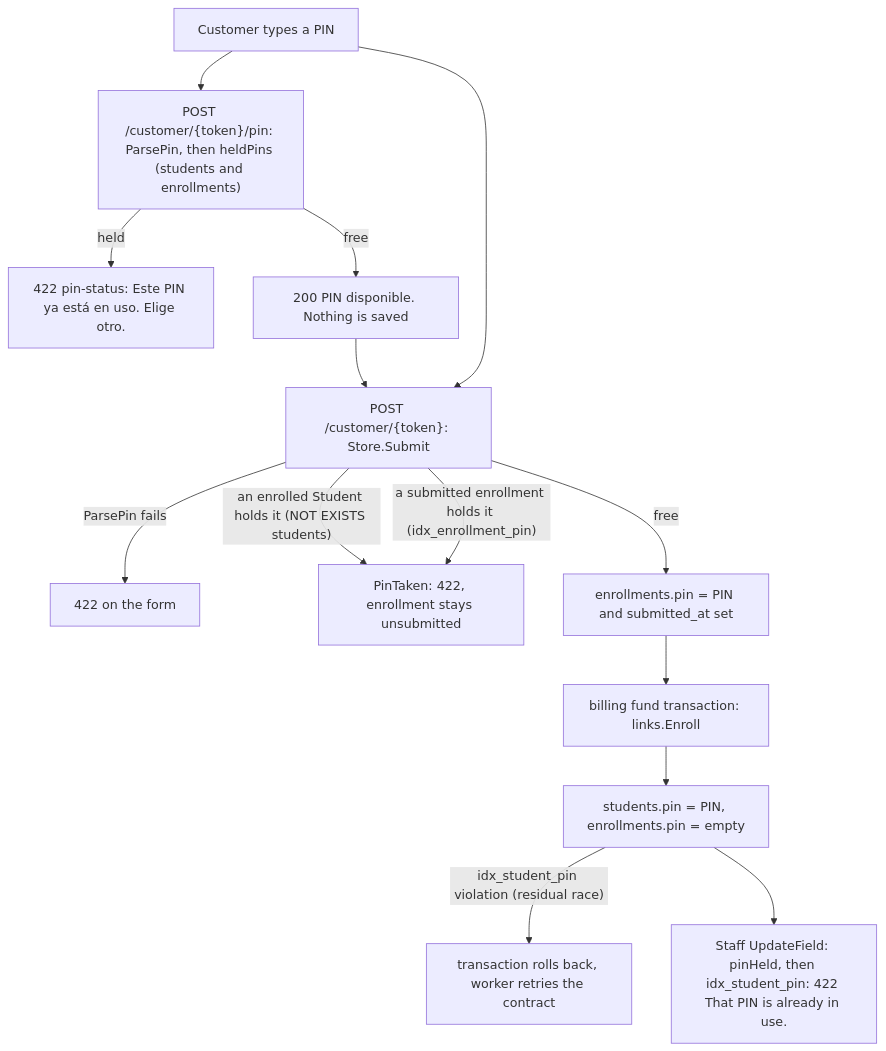
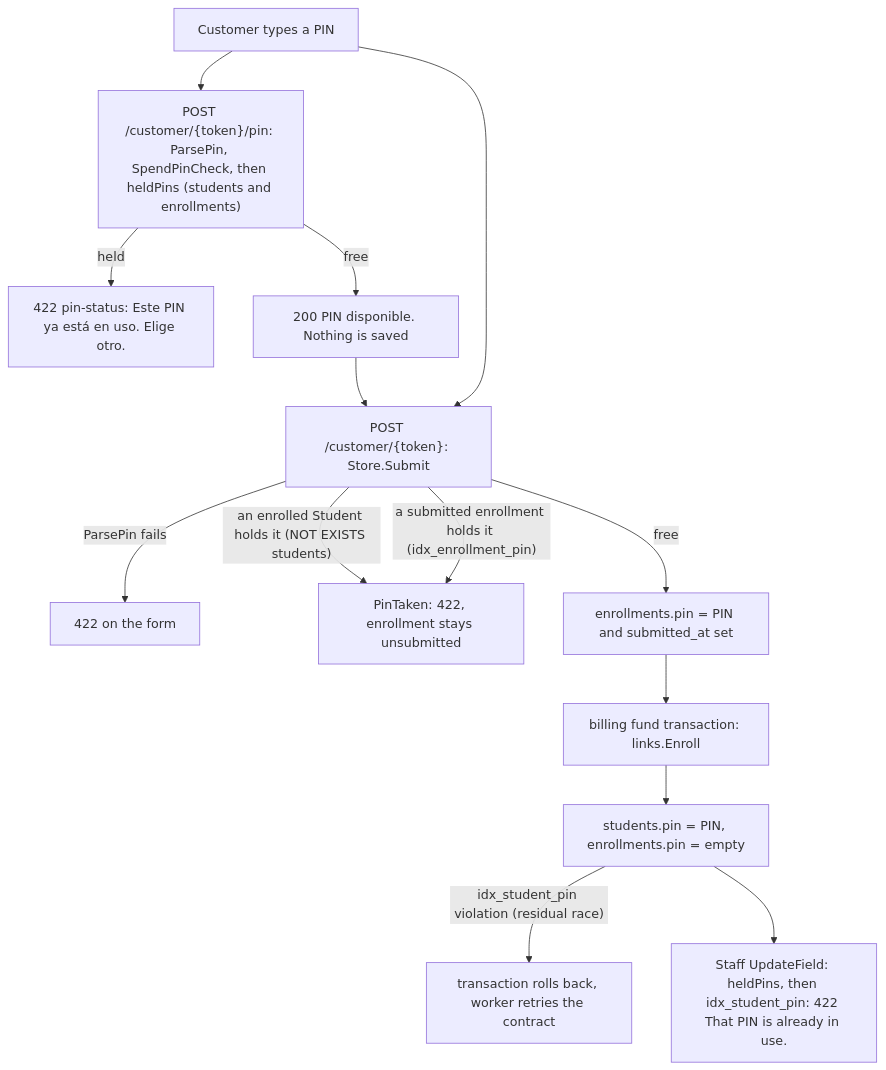
Before and after one commit to devGabriel131/ProjectHermes: the diagram in docs/domain/students.md, drawn with Mermaid. The commit also changed other lines of this file and 97 other files, not shown here.

````diff
--- a/docs/domain/students.md
+++ b/docs/domain/students.md
@@ -41,16 +41,16 @@
 ```mermaid
 flowchart TD
-    A["Customer types a PIN"] --> B["POST /customer/{token}/pin: ParsePin, then heldPins (students and enrollments)"]
+    A["Customer types a PIN"] --> B["POST /customer/{token}/pin: ParsePin, SpendPinCheck, then heldPins (students and enrollments)"]
     B -->|"held"| B1["422 pin-status: Este PIN ya está en uso. Elige otro."]
     B -->|"free"| B2["200 PIN disponible. Nothing is saved"]
     A --> C["POST /customer/{token}: Store.Submit"]
     B2 --> C
     C -->|"ParsePin fails"| C1["422 on the form"]
     C -->|"an enrolled Student holds it (NOT EXISTS students)"| C2["PinTaken: 422, enrollment stays unsubmitted"]
     C -->|"a submitted enrollment holds it (idx_enrollment_pin)"| C2
     C -->|"free"| D["enrollments.pin = PIN and submitted_at set"]
     D --> E["billing fund transaction: links.Enroll"]
     E --> F["students.pin = PIN, enrollments.pin = empty"]
     F -->|"idx_student_pin violation (residual race)"| G["transaction rolls back, worker retries the contract"]
-    F --> H["Staff UpdateField: pinHeld, then idx_student_pin: 422 That PIN is already in use."]
+    F --> H["Staff UpdateField: heldPins, then idx_student_pin: 422 That PIN is already in use."]
 ```
````
